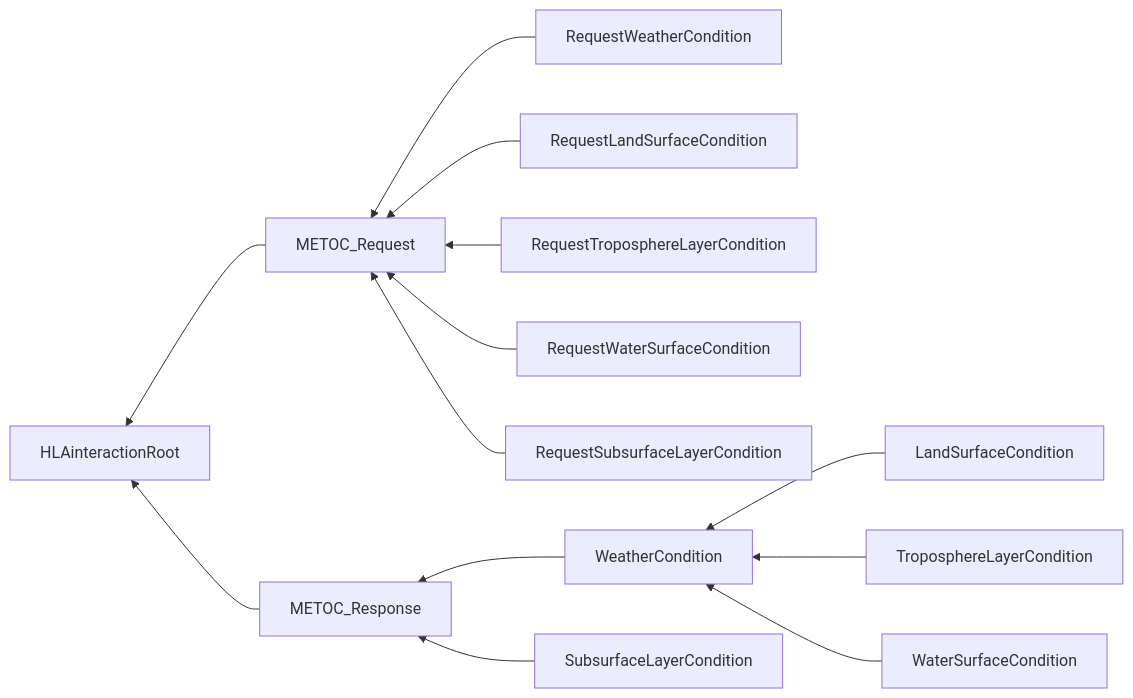
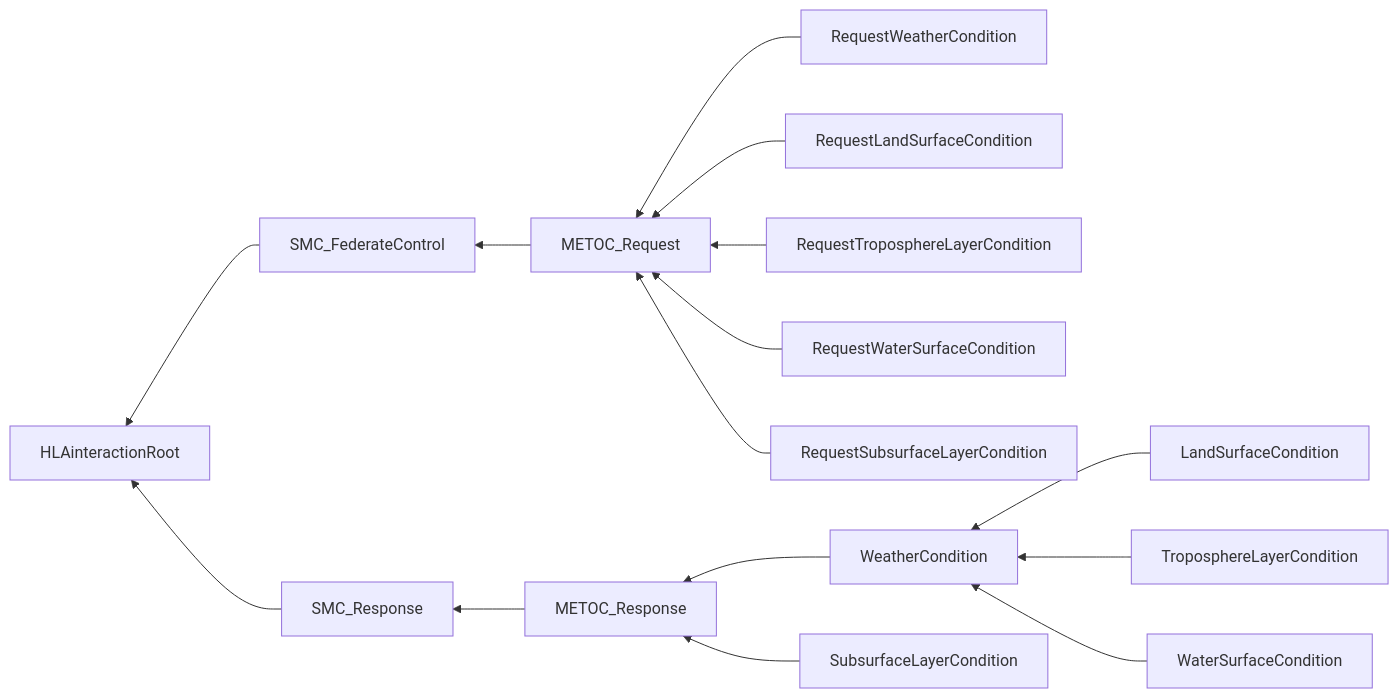
Before and after one commit to AMSP-04/NETN-METOC: the second of 2 diagrams in NETN-METOC.md, drawn with Mermaid. The commit also changed other lines of this file and 3 other files, not shown here.

````diff
--- a/NETN-METOC.md
+++ b/NETN-METOC.md
@@ -171,15 +171,17 @@
 ```mermaid
 graph RL
-METOC_Request-->HLAinteractionRoot
-METOC_Response-->HLAinteractionRoot
+SMC_FederateControl-->HLAinteractionRoot
+SMC_Response-->HLAinteractionRoot
+METOC_Request-->SMC_FederateControl
 RequestWeatherCondition-->METOC_Request
 RequestLandSurfaceCondition-->METOC_Request
 RequestTroposphereLayerCondition-->METOC_Request
 RequestWaterSurfaceCondition-->METOC_Request
 RequestSubsurfaceLayerCondition-->METOC_Request
+METOC_Response-->SMC_Response
 WeatherCondition-->METOC_Response
 SubsurfaceLayerCondition-->METOC_Response
 LandSurfaceCondition-->WeatherCondition
 TroposphereLayerCondition-->WeatherCondition
 WaterSurfaceCondition-->WeatherCondition
 ```
````
